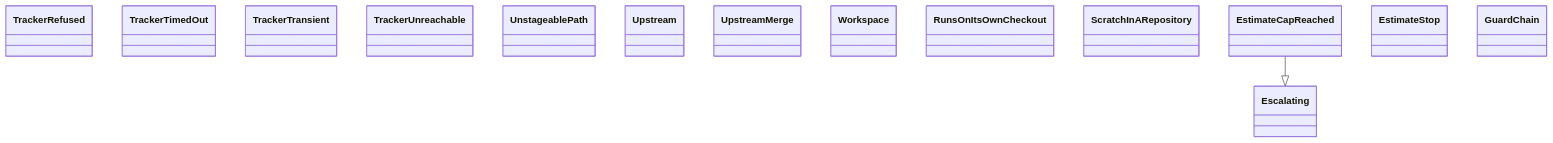
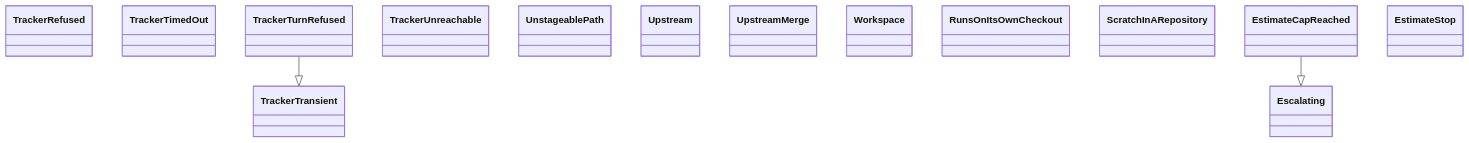
Before and after one commit to GonzaloZevallos/agentic-system: the diagram in docs/architecture/generated/classes-process-application-support-8.md, drawn with Mermaid. The commit also changed other lines of this file and 9 other files, not shown here.

Commit message:
Regenerate the architecture docs after the merge

````diff
--- a/docs/architecture/generated/classes-process-application-support-8.md
+++ b/docs/architecture/generated/classes-process-application-support-8.md
@@ -21,18 +21,19 @@
 ```mermaid
 classDiagram
     class ports__TrackerRefused["TrackerRefused"]
     class ports__TrackerTimedOut["TrackerTimedOut"]
     class ports__TrackerTransient["TrackerTransient"]
+    class ports__TrackerTurnRefused["TrackerTurnRefused"]
     class ports__TrackerUnreachable["TrackerUnreachable"]
     class ports__UnstageablePath["UnstageablePath"]
     class ports__Upstream["Upstream"]
     class ports__UpstreamMerge["UpstreamMerge"]
     class ports__Workspace["Workspace"]
     class preflight__RunsOnItsOwnCheckout["RunsOnItsOwnCheckout"]
     class preflight__ScratchInARepository["ScratchInARepository"]
     class run_role__Escalating["Escalating"]
     class run_role__EstimateCapReached["EstimateCapReached"]
     class run_role__EstimateStop["EstimateStop"]
-    class run_role__GuardChain["GuardChain"]
+    ports__TrackerTurnRefused --|> ports__TrackerTransient
     run_role__EstimateCapReached --|> run_role__Escalating
 ```
````
